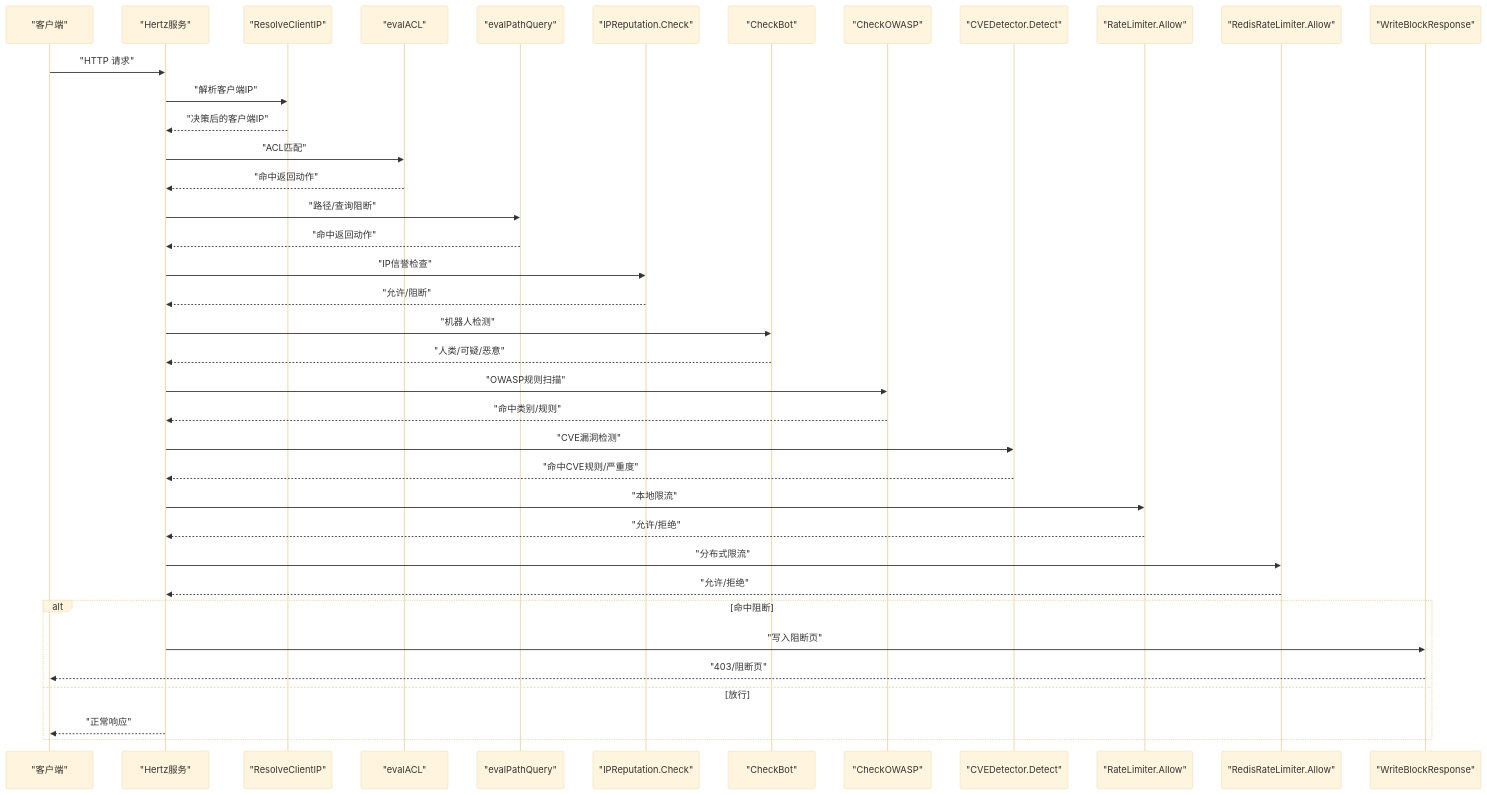
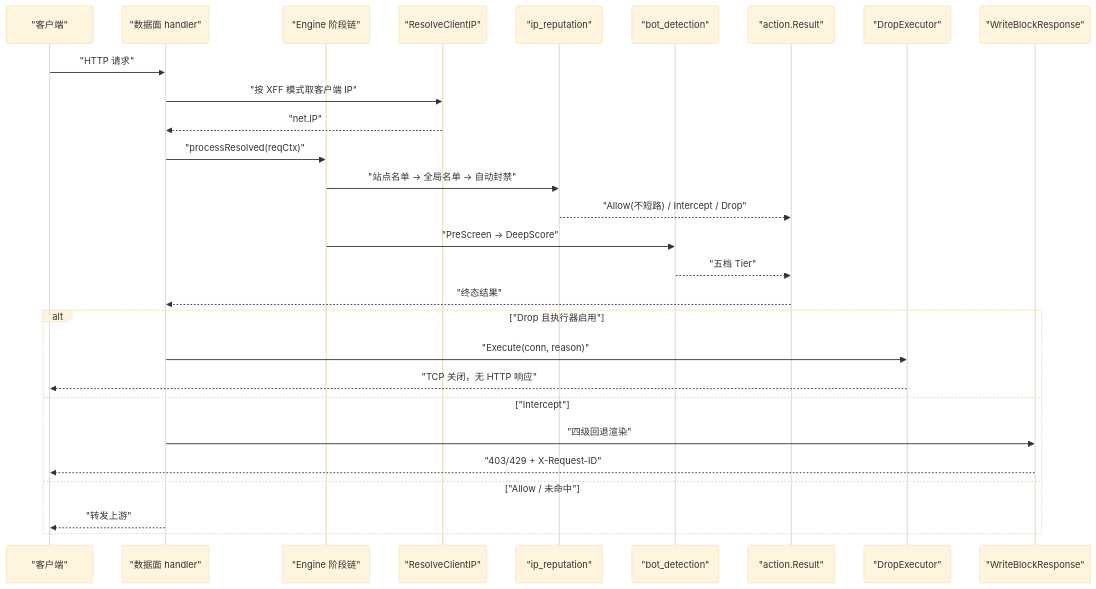
One commit to x01n/My-OpenWaf changed the second of 4 diagrams in docs/安全防护功能/安全防护功能.md. Above: the diagram before and after it, drawn with Mermaid (base theme). The commit also changed other lines of this file and 622 other files, not shown here.

````diff
--- a/docs/安全防护功能/安全防护功能.md
+++ b/docs/安全防护功能/安全防护功能.md
@@ -230,40 +165,30 @@
 ```mermaid
 sequenceDiagram
 participant C as "客户端"
-participant H as "Hertz服务"
+participant DP as "数据面 handler"
+participant ENG as "Engine 阶段链"
 participant IP as "ResolveClientIP"
-participant ACL as "evalACL"
-participant PQ as "evalPathQuery"
-participant REP as "IPReputation.Check"
-participant BOT as "CheckBot"
-participant OW as "CheckOWASP"
-participant CVE as "CVEDetector.Detect"
-participant RL as "RateLimiter.Allow"
-participant RLR as "RedisRateLimiter.Allow"
-participant BLK as "WriteBlockResponse"
-C->>H : "HTTP 请求"
-H->>IP : "解析客户端IP"
-IP-->>H : "决策后的客户端IP"
-H->>ACL : "ACL匹配"
-ACL-->>H : "命中返回动作"
-H->>PQ : "路径/查询阻断"
-PQ-->>H : "命中返回动作"
-H->>REP : "IP信誉检查"
-REP-->>H : "允许/阻断"
-H->>BOT : "机器人检测"
-BOT-->>H : "人类/可疑/恶意"
-H->>OW : "OWASP规则扫描"
-OW-->>H : "命中类别/规则"
-H->>CVE : "CVE漏洞检测"
-CVE-->>H : "命中CVE规则/严重度"
-H->>RL : "本地限流"
-RL-->>H : "允许/拒绝"
-H->>RLR : "分布式限流"
-RLR-->>H : "允许/拒绝"
-alt 命中阻断
-H->>BLK : "写入阻断页"
-BLK-->>C : "403/阻断页"
-else 放行
-H-->>C : "正常响应"
+participant REP as "ip_reputation"
+participant BOT as "bot_detection"
+participant ACT as "action.Result"
+participant DR as "DropExecutor"
+participant PG as "WriteBlockResponse"
+C->>DP : "HTTP 请求"
+DP->>IP : "按 XFF 模式取客户端 IP"
+IP-->>DP : "net.IP"
+DP->>ENG : "processResolved(reqCtx)"
+ENG->>REP : "站点名单 → 全局名单 → 自动封禁"
+REP-->>ACT : "Allow(不短路) / Intercept / Drop"
+ENG->>BOT : "PreScreen → DeepScore"
+BOT-->>ACT : "五档 Tier"
+ACT-->>DP : "终态结果"
+alt "Drop 且执行器启用"
+DP->>DR : "Execute(conn, reason)"
+DR-->>C : "TCP 关闭，无 HTTP 响应"
+else "Intercept"
+DP->>PG : "四级回退渲染"
+PG-->>C : "403/429 + X-Request-ID"
+else "Allow / 未命中"
+DP-->>C : "转发上游"
 end
 ```
````
